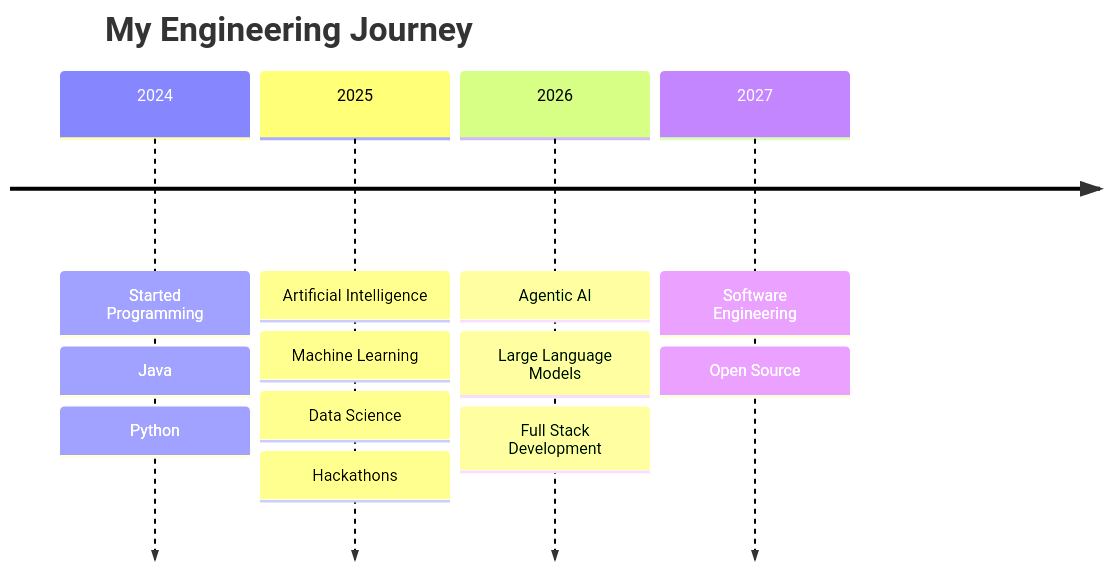
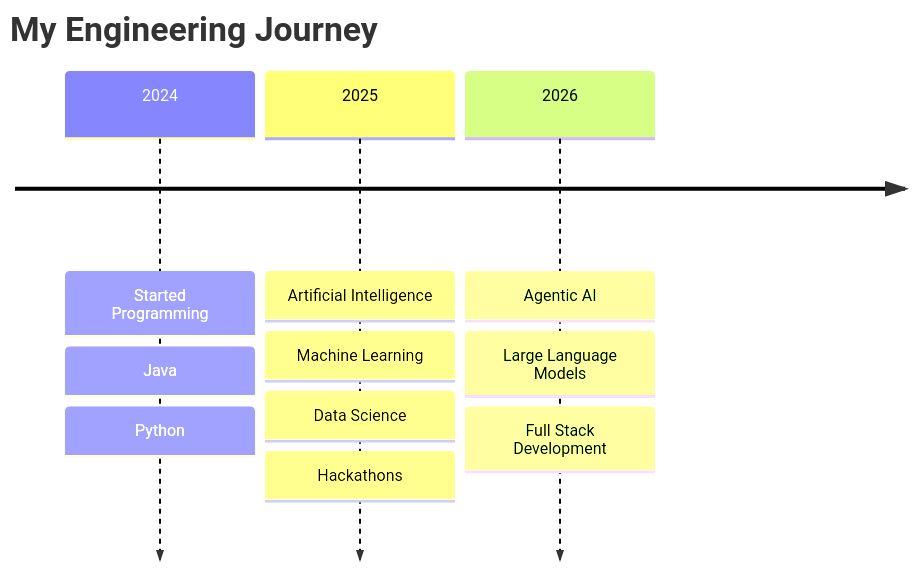
Before and after one commit to AKASH-M-hub/AKASH-M-hub: the diagram in README.md, drawn with Mermaid.

````diff
--- a/README.md
+++ b/README.md
@@ -370,21 +370,19 @@
 ```mermaid
 timeline
 
 title My Engineering Journey
 
 2024 : Started Programming
      : Java
      : Python
 
 2025 : Artificial Intelligence
      : Machine Learning
      : Data Science
      : Hackathons
 
 2026 : Agentic AI
      : Large Language Models
      : Full Stack Development
 
-2027 : Software Engineering
-     : Open Source
 ```
````
